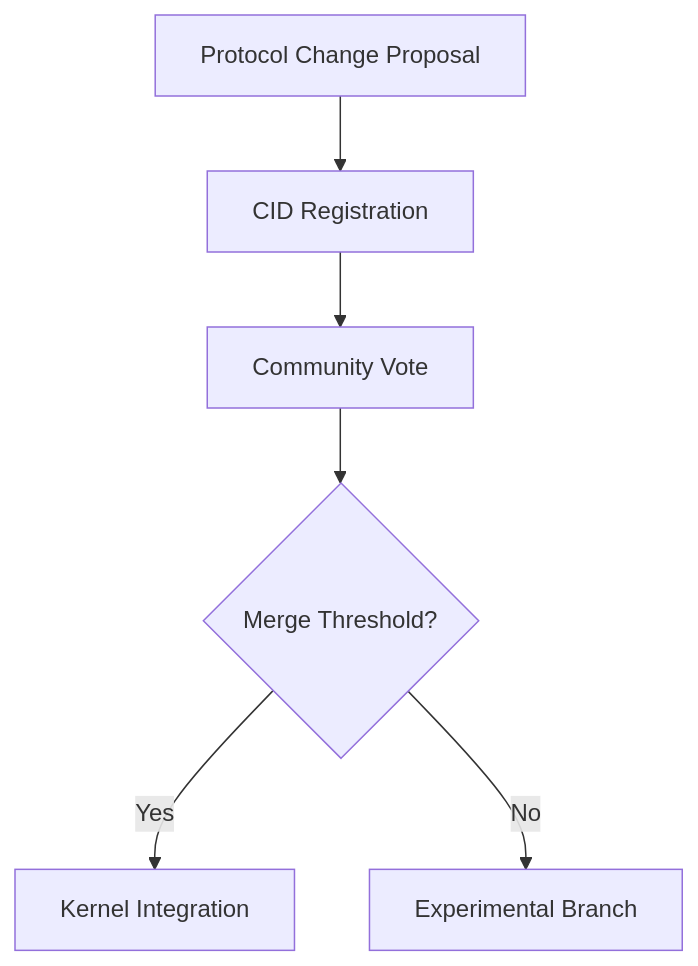
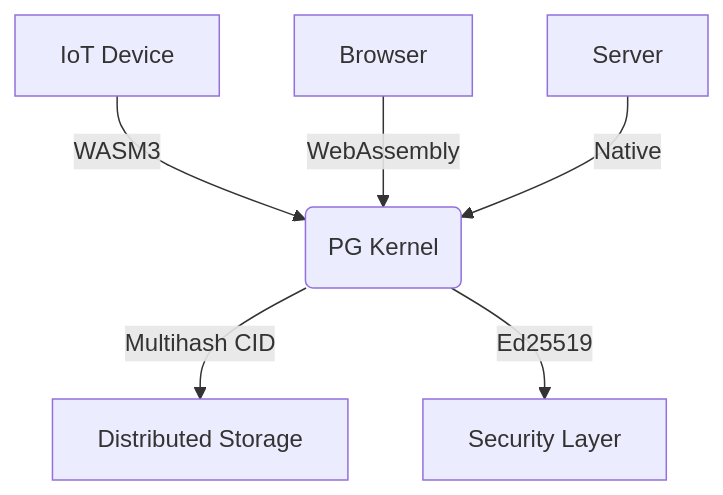
The diagram in x/routing/851.md (promisegrid/grid-poc), drawn with Mermaid before and after one commit. The commit also changed other lines of this file and 54 other files, not shown here.

````diff
--- a/x/routing/851.md
+++ b/x/routing/851.md
@@ -187,8 +118,8 @@
 ```mermaid
 graph TD
-    A[Protocol Change Proposal] --> B[CID Registration]
-    B --> C[Community Vote]
-    C --> D{Merge Threshold?}
-    D -->|Yes| E[Kernel Integration]
-    D -->|No| F[Experimental Branch]
+A[IoT Device] -->|WASM3| B(PG Kernel)
+C[Browser] -->|WebAssembly| B
+D[Server] -->|Native| B
+B -->|Multihash CID| E[Distributed Storage]
+B -->|Ed25519| F[Security Layer]
 ```
````
